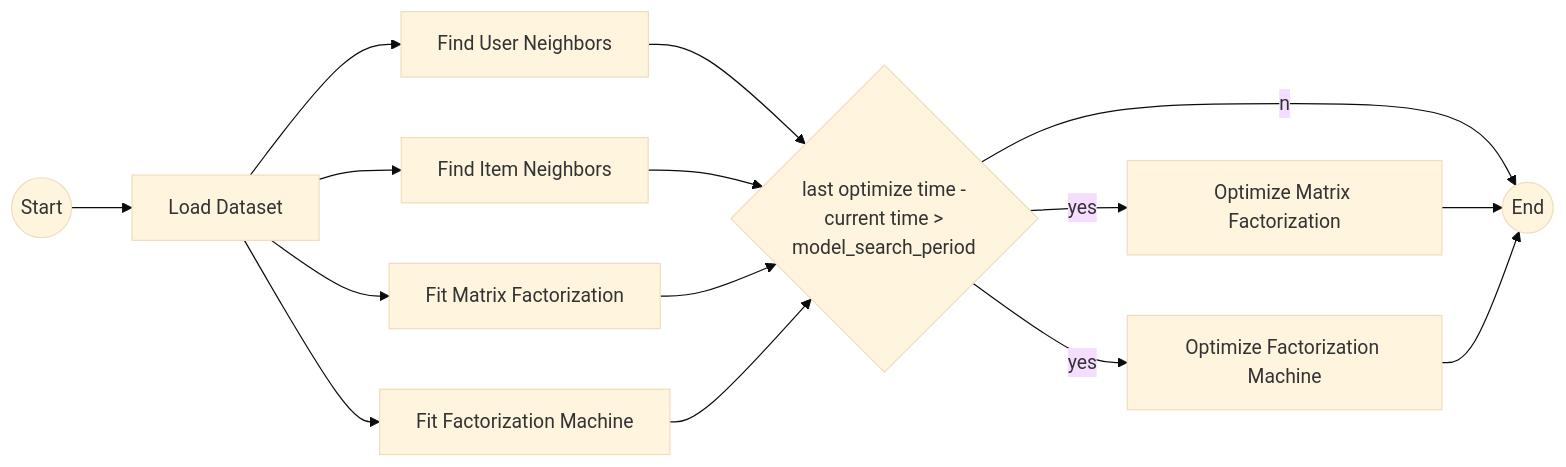
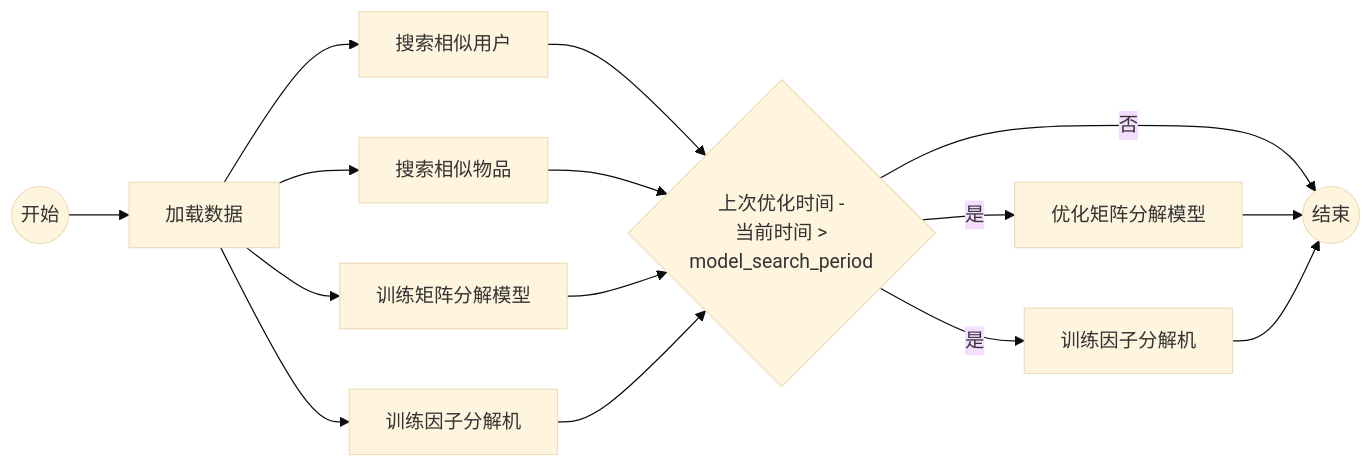
One commit to gorse-io/docs changed the second of 5 diagrams in src/zh/docs/concepts/how-it-works.md. Above: the diagram before and after it, drawn with Mermaid (base theme). The commit also changed other lines of this file, not shown here.

````diff
--- a/src/zh/docs/concepts/how-it-works.md
+++ b/src/zh/docs/concepts/how-it-works.md
@@ -118,17 +118,17 @@
 ```mermaid
 flowchart LR
-    start((Start))-->load
-    load[Load Dataset]-->user_neighbors[Find User Neighbors]
-    load-->item_neighbors[Find Item Neighbors]
-    load-->mf[Fit Matrix Factorization]
-    load-->fm[Fit Factorization Machine]
-    user_neighbors-->cond{last optimize time -\ncurrent time >\nmodel_search_period}
+    start((开始))-->load
+    load[加载数据]-->user_neighbors[搜索相似用户]
+    load-->item_neighbors[搜索相似物品]
+    load-->mf[训练矩阵分解模型]
+    load-->fm[训练因子分解机]
+    user_neighbors-->cond{上次优化时间 -\n当前时间 >\nmodel_search_period}
     item_neighbors-->cond
     mf-->cond
     fm-->cond
-    cond--yes-->opt_mf[Optimize Matrix Factorization]
-    cond--yes-->opt_fm[Optimize Factorization Machine]
-    cond--no-->e((End))
+    cond--是-->opt_mf[优化矩阵分解模型]
+    cond--是-->opt_fm[训练因子分解机]
+    cond--否-->e((结束))
     opt_mf-->e
     opt_fm-->e
 ```
````
